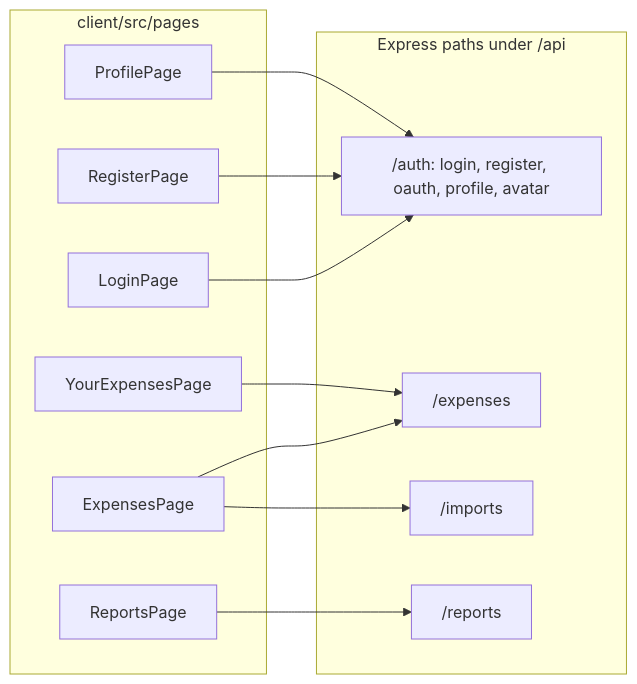
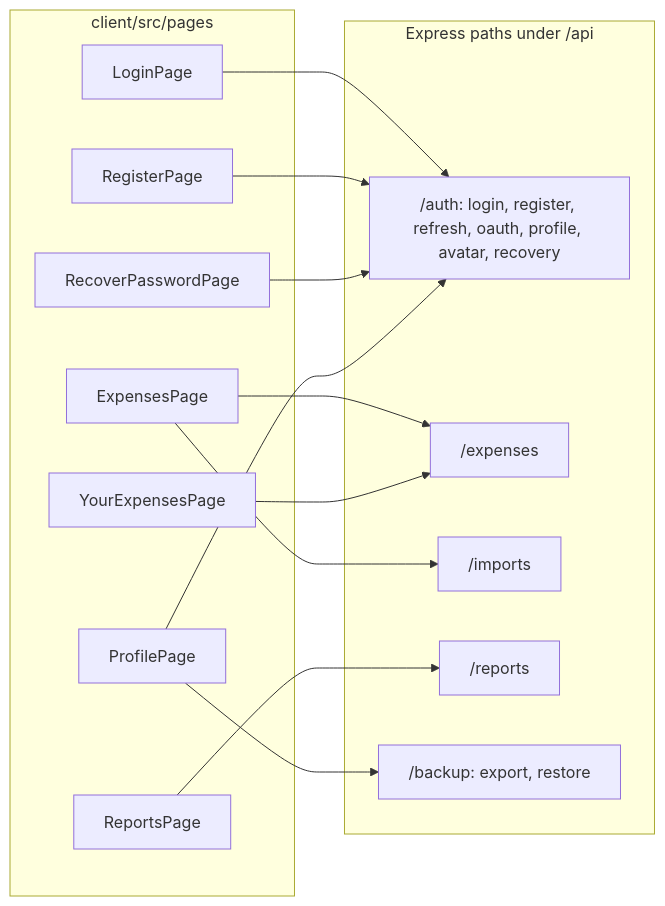
Before and after one commit to becomeonewiththecode/expense_tracker: the seventh of 10 diagrams in docs/ARCHITECTURE_DIAGRAM.md, drawn with Mermaid. The commit also changed other lines of this file and 34 other files, not shown here.

First line of the commit message:
Features: profile, recovery, backup, renewals, session refresh, expense metadata

````diff
--- a/docs/ARCHITECTURE_DIAGRAM.md
+++ b/docs/ARCHITECTURE_DIAGRAM.md
@@ -221,25 +222,29 @@
 ```mermaid
 flowchart LR
   subgraph pages [client/src/pages]
     LP[LoginPage]
     RP[RegisterPage]
+    Rcv[RecoverPasswordPage]
     EP[ExpensesPage]
     YEP[YourExpensesPage]
     RPg[ReportsPage]
     PP[ProfilePage]
   end
 
   subgraph api [Express paths under /api]
-    A1["/auth: login, register, oauth, profile, avatar"]
+    A1["/auth: login, register, refresh, oauth, profile, avatar, recovery"]
     A2["/expenses"]
     A3["/imports"]
     A4["/reports"]
+    A5["/backup: export, restore"]
   end
 
   LP --> A1
   RP --> A1
+  Rcv --> A1
   PP --> A1
+  PP --> A5
   EP --> A2 & A3
   YEP --> A2
   RPg --> A4
 ```
````
